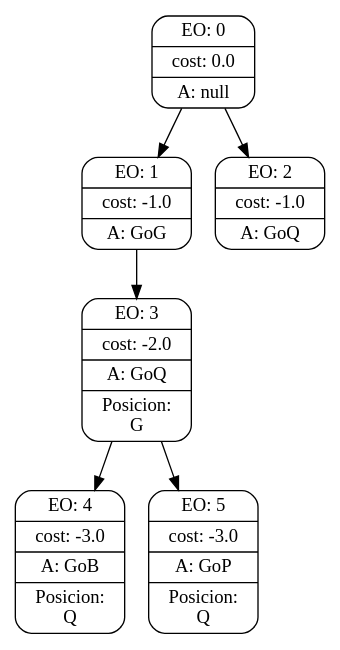
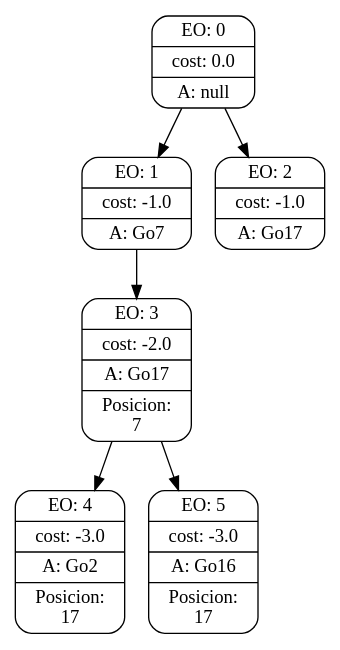
One commit to lniklison/TP-Inteligencia-artificial changed the diagram in searchGVTrees/11.dot. Above: the diagram before and after it, drawn with Graphviz. The commit also changed 29 other files, not shown here.

```diff
--- a/searchGVTrees/11.dot
+++ b/searchGVTrees/11.dot
@@ -1,21 +1,21 @@
 digraph g {
 node [shape = Mrecord];
 nodo0[label="{EO: 0|cost: 0.0|A: null}"]
-nodo1[label="{EO: 1|cost: -1.0|A: GoG}"]
-nodo3[label="{EO: 3|cost: -2.0|A: GoQ|Posicion:\nG}"]
-nodo4[label="{EO: 4|cost: -3.0|A: GoB|Posicion:\nQ}"]
+nodo1[label="{EO: 1|cost: -1.0|A: Go7}"]
+nodo3[label="{EO: 3|cost: -2.0|A: Go17|Posicion:\n7}"]
+nodo4[label="{EO: 4|cost: -3.0|A: Go2|Posicion:\n17}"]
 
 nodo3 -> nodo4;
-nodo5[label="{EO: 5|cost: -3.0|A: GoP|Posicion:\nQ}"]
+nodo5[label="{EO: 5|cost: -3.0|A: Go16|Posicion:\n17}"]
 
 nodo3 -> nodo5;
 
 nodo1 -> nodo3;
 
 nodo0 -> nodo1;
-nodo2[label="{EO: 2|cost: -1.0|A: GoQ}"]
+nodo2[label="{EO: 2|cost: -1.0|A: Go17}"]
 
 nodo0 -> nodo2;
 
 
 }
```
